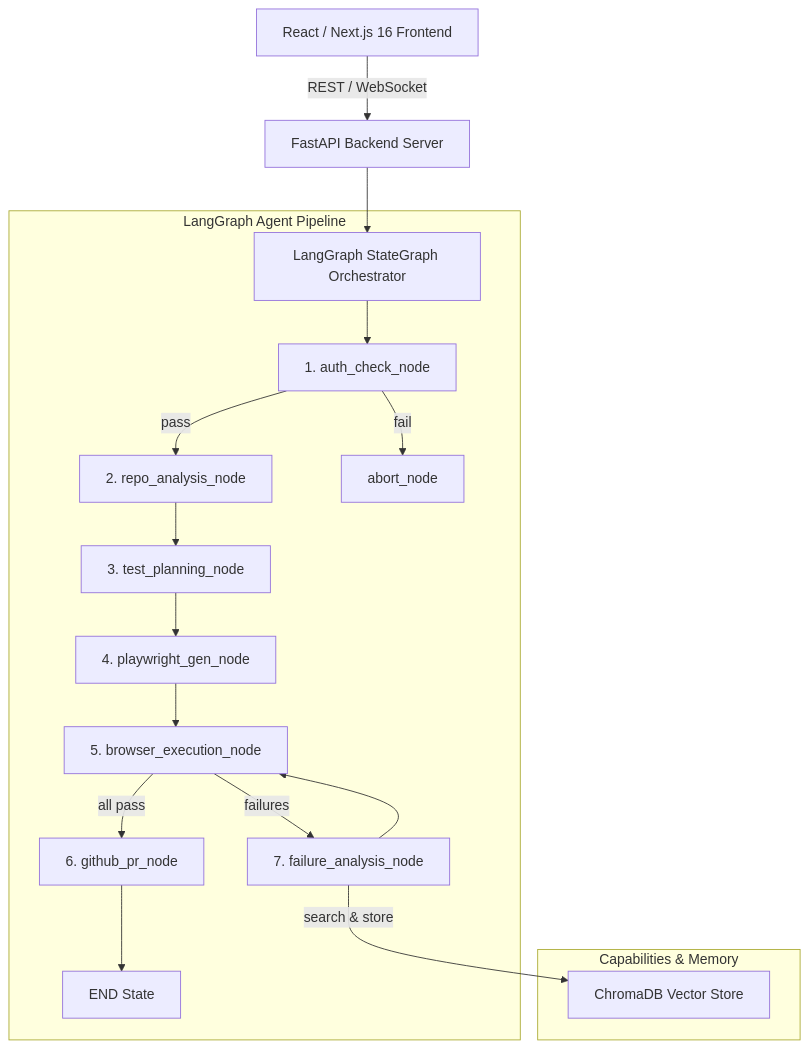
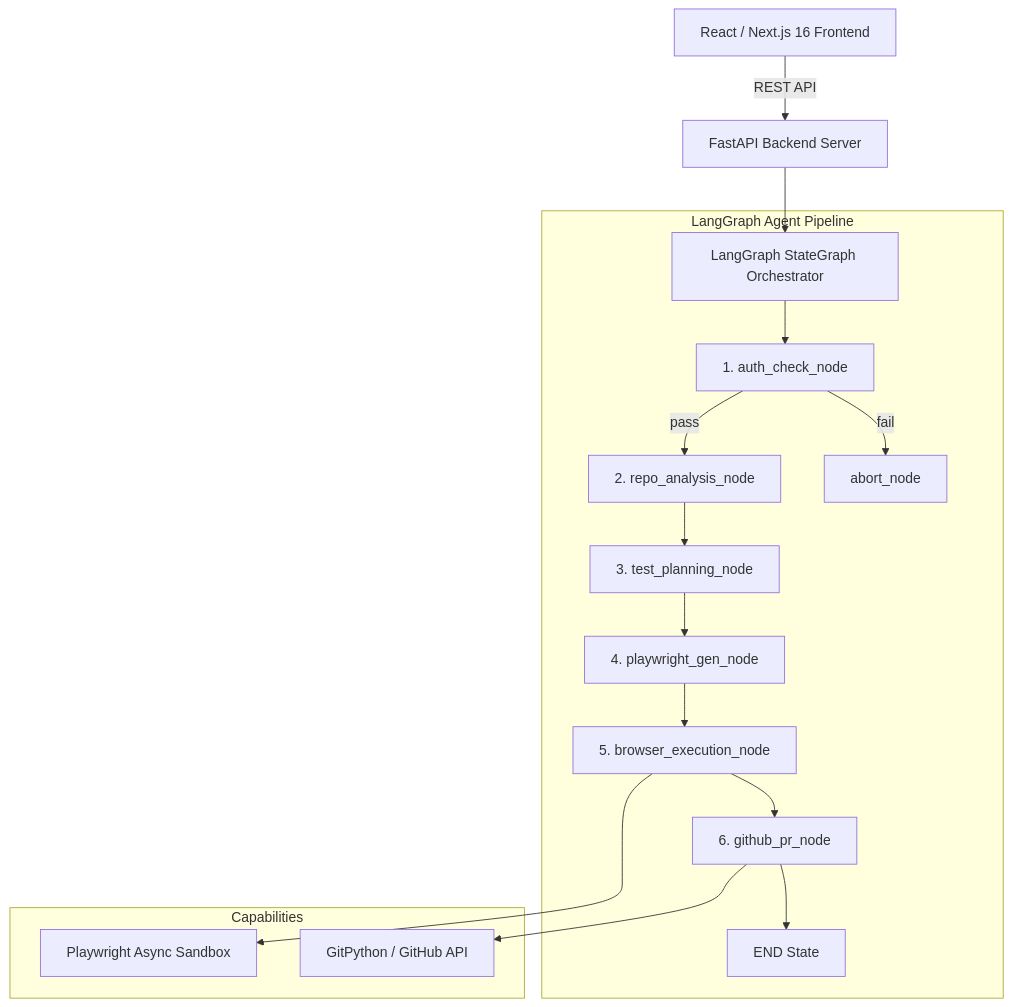
One commit to suriyaprakash500/Testpilot-AI changed the diagram in docs/architecture.md. Above: the diagram before and after it, drawn with Mermaid. The commit also changed other lines of this file and 20 other files, not shown here.

Commit message:
refactor: streamline MVP pipeline to 5 core differentiators (remove ChromaDB, self-healing, and WebSocket streaming)

````diff
--- a/docs/architecture.md
+++ b/docs/architecture.md
@@ -41,22 +38,21 @@
 ```mermaid
 flowchart TD
-    FE["React / Next.js 16 Frontend"] -->|REST / WebSocket| API["FastAPI Backend Server"]
+    FE["React / Next.js 16 Frontend"] -->|REST API| API["FastAPI Backend Server"]
     API --> GRAPH["LangGraph StateGraph Orchestrator"]
 
     subgraph Pipeline["LangGraph Agent Pipeline"]
         GRAPH --> AUTH["1. auth_check_node"]
         AUTH -->|pass| REPO["2. repo_analysis_node"]
         AUTH -->|fail| ABORT["abort_node"]
         REPO --> PLAN["3. test_planning_node"]
         PLAN --> GEN["4. playwright_gen_node"]
         GEN --> EXEC["5. browser_execution_node"]
-        EXEC -->|all pass| PR["6. github_pr_node"]
-        EXEC -->|failures| HEAL["7. failure_analysis_node"]
-        HEAL --> EXEC
+        EXEC --> PR["6. github_pr_node"]
         PR --> DONE["END State"]
     end
 
-    subgraph Capabilities["Capabilities & Memory"]
-        HEAL -->|search & store| MEM["ChromaDB Vector Store"]
+    subgraph Capabilities["Capabilities"]
+        EXEC --> PW["Playwright Async Sandbox"]
+        PR --> GIT["GitPython / GitHub API"]
     end
 ```
````
